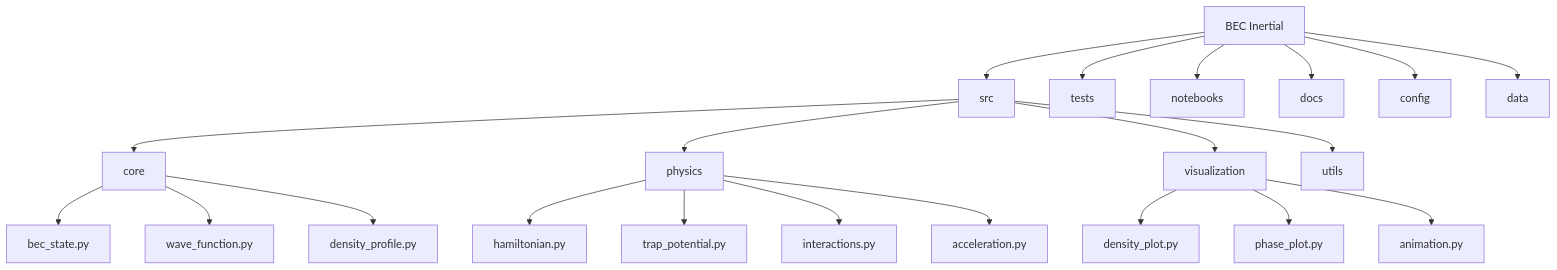
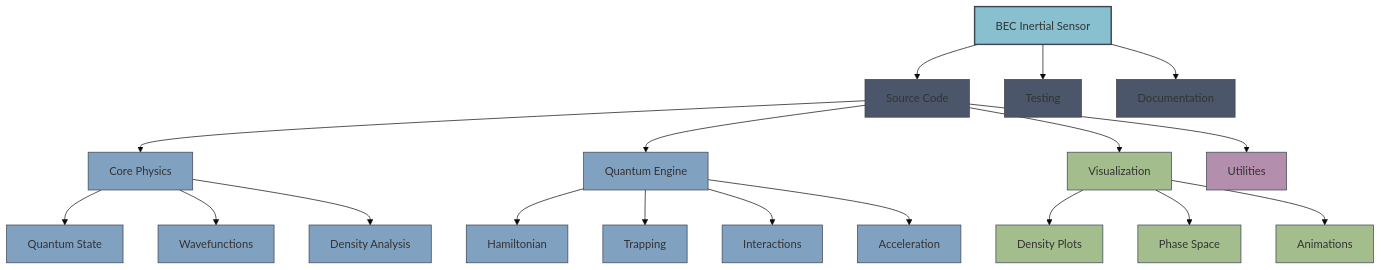
Before and after one commit to lundeen06/inertial-bec: the first of 3 diagrams in README.md, drawn with Mermaid. The commit also changed other lines of this file and 35 other files, not shown here.

````diff
--- a/README.md
+++ b/README.md
@@ -9,27 +48,30 @@
 ```mermaid
+%%{init: {'theme': 'base', 'themeVariables': { 'primaryColor': '#4C566A', 'fontFamily': 'Fira Code'}}}%%
 graph TD
-    A[BEC Inertial] --> B[src]
-    A --> C[tests]
-    A --> D[notebooks]
-    A --> E[docs]
-    A --> F[config]
-    A --> G[data]
+    A[BEC Inertial Sensor]:::main --> B[Source Code]
+    A --> C[Testing]
+    A --> D[Documentation]
     
-    B --> H[core]
-    B --> I[physics]
-    B --> J[visualization]
-    B --> K[utils]
+    B --> H[Core Physics]:::physics
+    B --> I[Quantum Engine]:::physics
+    B --> J[Visualization]:::viz
+    B --> K[Utilities]:::utils
     
-    H --> L[bec_state.py]
-    H --> M[wave_function.py]
-    H --> N[density_profile.py]
+    H --> L[Quantum State]:::physics
+    H --> M[Wavefunctions]:::physics
+    H --> N[Density Analysis]:::physics
     
-    I --> O[hamiltonian.py]
-    I --> P[trap_potential.py]
-    I --> Q[interactions.py]
-    I --> R[acceleration.py]
+    I --> O[Hamiltonian]:::physics
+    I --> P[Trapping]:::physics
+    I --> Q[Interactions]:::physics
+    I --> R[Acceleration]:::physics
     
-    J --> S[density_plot.py]
-    J --> T[phase_plot.py]
-    J --> U[animation.py]
+    J --> S[Density Plots]:::viz
+    J --> T[Phase Space]:::viz
+    J --> U[Animations]:::viz
+
+    classDef main fill:#88C0D0,stroke:#3B4252,stroke-width:2px
+    classDef physics fill:#81A1C1,stroke:#3B4252
+    classDef viz fill:#A3BE8C,stroke:#3B4252
+    classDef utils fill:#B48EAD,stroke:#3B4252
 ```
````
